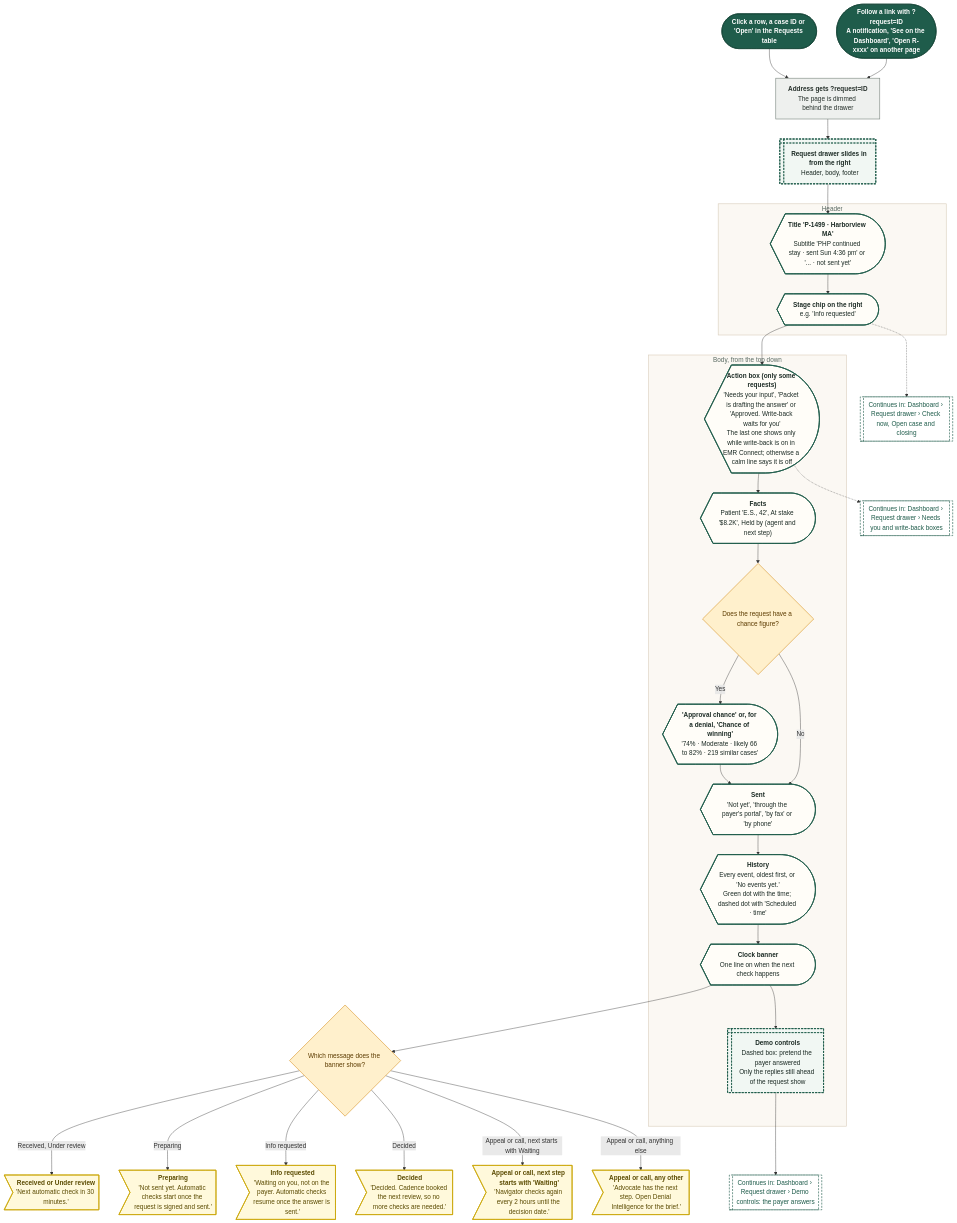
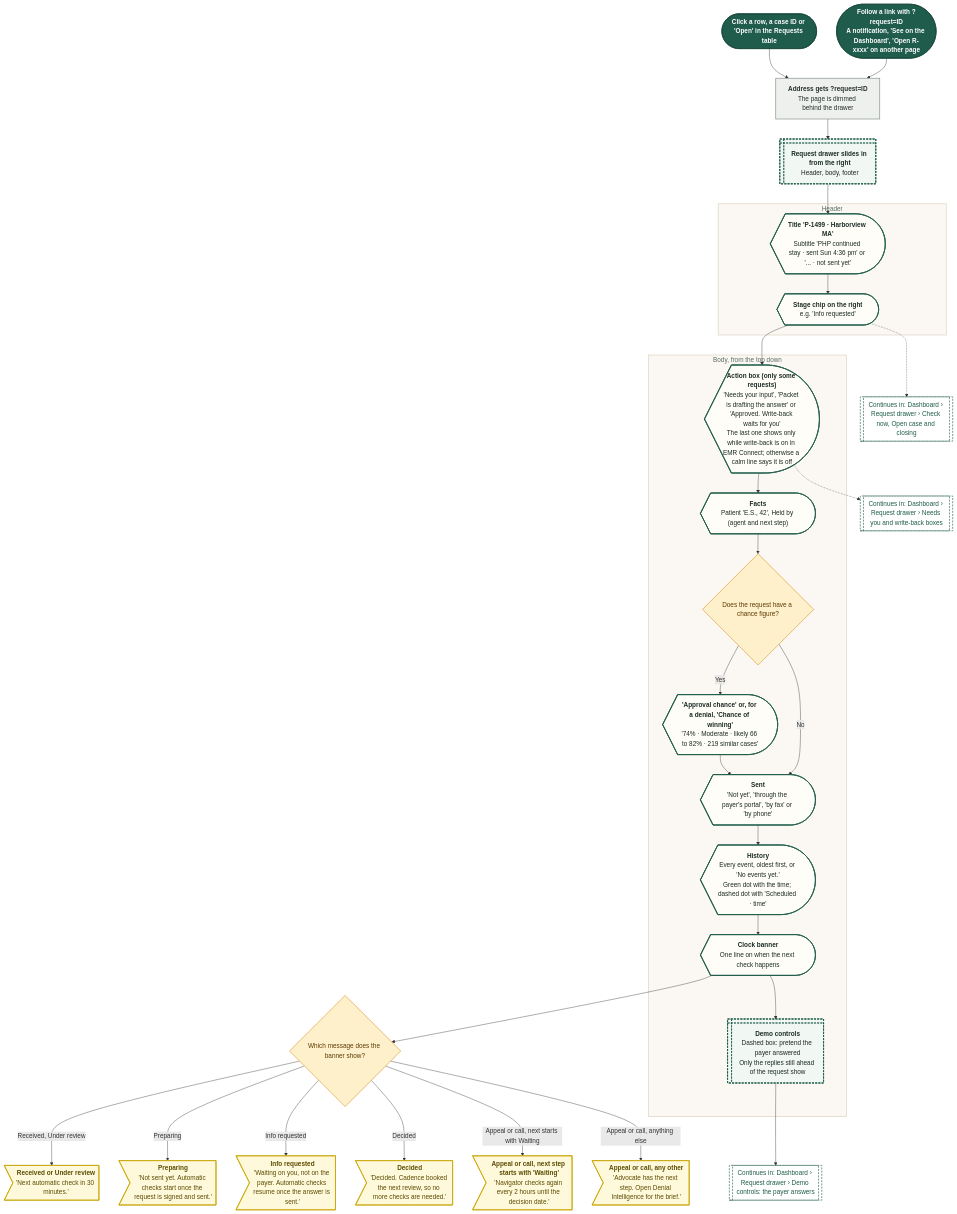
One commit to Shrav143/psyfloapp changed the diagram in demos/prior-auth-demo/workflows/out/mmd/02-dashboard/70-request-drawer-open-and-read.mmd. Above: the diagram before and after it, drawn with Mermaid. The commit also changed 39 other files, not shown here.

First line of the commit message:
docs: appeal analysis report in the site map and README; rebuild the workflow diagrams (225)

```diff
--- a/demos/prior-auth-demo/workflows/out/mmd/02-dashboard/70-request-drawer-open-and-read.mmd
+++ b/demos/prior-auth-demo/workflows/out/mmd/02-dashboard/70-request-drawer-open-and-read.mmd
@@ -1,72 +1,72 @@
 %%{init: {"theme":"base","themeVariables":{"fontFamily":"'DM Sans', 'Segoe UI', system-ui, sans-serif","fontSize":"15px","lineColor":"#5B6B63","primaryTextColor":"#1C2B25","clusterBkg":"#FBF8F3","clusterBorder":"#D9CDBB","edgeLabelBackground":"#FFFFFF"},"flowchart":{"curve":"basis","nodeSpacing":36,"rankSpacing":48,"padding":12,"htmlLabels":true,"useMaxWidth":false,"wrappingWidth":230}} }%%
 flowchart TD
   classDef k_start fill:#1F5C4B,stroke:#174638,color:#FFFFFF,stroke-width:1.5px,font-weight:600
   classDef k_end fill:#DDEFE3,stroke:#2E7D4F,color:#14502F,stroke-width:1.5px,font-weight:600
   classDef k_endx fill:#FBE3E0,stroke:#C0392B,color:#7A1F16,stroke-width:1.5px,font-weight:600
   classDef k_screen fill:#FFFDF8,stroke:#1F5C4B,color:#1C2B25,stroke-width:2px
   classDef k_overlay fill:#F1F7F3,stroke:#1F5C4B,color:#1C2B25,stroke-width:2px,stroke-dasharray:5 3
   classDef k_click fill:#DCEBFA,stroke:#2F6DB5,color:#12365F,stroke-width:1.5px
   classDef k_input fill:#E4E7FF,stroke:#4C5FD5,color:#1D2670,stroke-width:1.5px
   classDef k_process fill:#EEF0EE,stroke:#7A857F,color:#26302B,stroke-width:1.5px
   classDef k_agent fill:#EEE5FA,stroke:#7A4FC2,color:#341A63,stroke-width:1.5px
   classDef k_decision fill:#FFF0CC,stroke:#D9962B,color:#5C3B00,stroke-width:1.5px
   classDef k_store fill:#D5F0EA,stroke:#1C8E7B,color:#0B4A3F,stroke-width:1.5px
   classDef k_doc fill:#F6E9DC,stroke:#B07A4C,color:#4A2E14,stroke-width:1.5px
   classDef k_ext fill:#FFE6D2,stroke:#E07B39,color:#6B2F06,stroke-width:1.5px
   classDef k_wait fill:#E4E8EE,stroke:#6B7C93,color:#26303D,stroke-width:1.5px
   classDef k_toast fill:#FFF9DB,stroke:#C9A400,color:#5A4A00,stroke-width:1.5px
   classDef k_goto fill:#FFFFFF,stroke:#1F5C4B,color:#1F5C4B,stroke-width:1.5px,stroke-dasharray:5 3
   s1@{ shape: stadium, label: "Click a row, a case ID or 'Open' in the Requests table" }
   s2@{ shape: stadium, label: "<b>Follow a link with ?request=ID</b><br/>A notification, 'See on the Dashboard', 'Open R-xxxx' on another page" }
   p1@{ shape: rect, label: "<b>Address gets ?request=ID</b><br/>The page is dimmed behind the drawer" }
   o1@{ shape: win-pane, label: "<b>Request drawer slides in from the right</b><br/>Header, body, footer" }
   subgraph gHead ["Header"]
   h1@{ shape: curv-trap, label: "<b>Title 'P-1499 · Harborview MA'</b><br/>Subtitle 'PHP continued stay · sent Sun 4:36 pm' or '... · not sent yet'" }
   h2@{ shape: curv-trap, label: "<b>Stage chip on the right</b><br/>e.g. 'Info requested'" }
   end
   subgraph gBody ["Body, from the top down"]
   b1@{ shape: curv-trap, label: "<b>Action box (only some requests)</b><br/>'Needs your input', 'Packet is drafting the answer' or 'Approved. Write-back waits for you'<br/>The last one shows only while write-back is on in EMR Connect; otherwise a calm line says it is off" }
-  b2@{ shape: curv-trap, label: "<b>Facts</b><br/>Patient 'E.S., 42', At stake '$8.2K', Held by (agent and next step)" }
+  b2@{ shape: curv-trap, label: "<b>Facts</b><br/>Patient 'E.S., 42', Held by (agent and next step)" }
   d1@{ shape: diam, label: "Does the request have a chance figure?" }
   b3@{ shape: curv-trap, label: "<b>'Approval chance' or, for a denial, 'Chance of winning'</b><br/>'74% · Moderate · likely 66 to 82% · 219 similar cases'" }
   b4@{ shape: curv-trap, label: "<b>Sent</b><br/>'Not yet', 'through the payer's portal', 'by fax' or 'by phone'" }
   b5@{ shape: curv-trap, label: "<b>History</b><br/>Every event, oldest first, or 'No events yet.'<br/>Green dot with the time; dashed dot with 'Scheduled · time'" }
   b6@{ shape: curv-trap, label: "<b>Clock banner</b><br/>One line on when the next check happens" }
   b7@{ shape: win-pane, label: "<b>Demo controls</b><br/>Dashed box: pretend the payer answered<br/>Only the replies still ahead of the request show" }
   end
   d2@{ shape: diam, label: "Which message does the banner show?" }
   m1@{ shape: odd, label: "<b>Received or Under review</b><br/>'Next automatic check in 30 minutes.'" }
   m2@{ shape: odd, label: "<b>Preparing</b><br/>'Not sent yet. Automatic checks start once the request is signed and sent.'" }
   m3@{ shape: odd, label: "<b>Info requested</b><br/>'Waiting on you, not on the payer. Automatic checks resume once the answer is sent.'" }
   m4@{ shape: odd, label: "<b>Decided</b><br/>'Decided. Cadence booked the next review, so no more checks are needed.'" }
   m5@{ shape: odd, label: "<b>Appeal or call, next step starts with 'Waiting'</b><br/>'Navigator checks again every 2 hours until the decision date.'" }
   m6@{ shape: odd, label: "<b>Appeal or call, any other</b><br/>'Advocate has the next step. Open Denial Intelligence for the brief.'" }
   g1@{ shape: subproc, label: "Continues in: Dashboard › Request drawer › Needs you and write-back boxes" }
   g2@{ shape: subproc, label: "Continues in: Dashboard › Request drawer › Demo controls: the payer answers" }
   g3@{ shape: subproc, label: "Continues in: Dashboard › Request drawer › Check now, Open case and closing" }
   s1 --> p1
   s2 --> p1
   p1 --> o1 --> h1 --> h2
   h2 --> b1 --> b2 --> d1
   d1 -->|"Yes"| b3 --> b4
   d1 -->|"No"| b4
   b4 --> b5 --> b6 --> d2
   d2 -->|"Received, Under review"| m1
   d2 -->|"Preparing"| m2
   d2 -->|"Info requested"| m3
   d2 -->|"Decided"| m4
   d2 -->|"Appeal or call, next starts with Waiting"| m5
   d2 -->|"Appeal or call, anything else"| m6
   b6 --> b7
   b1 -.-> g1
   b7 --> g2
   h2 -.-> g3
   class s1,s2 k_start
   class p1 k_process
   class o1,b7 k_overlay
   class h1,h2,b1,b2,b3,b4,b5,b6 k_screen
   class d1,d2 k_decision
   class m1,m2,m3,m4,m5,m6 k_toast
   class g1,g2,g3 k_goto
   style gHead fill:#FBF8F3,stroke:#D9CDBB,stroke-width:1.5px,color:#5B6B63
   style gBody fill:#FBF8F3,stroke:#D9CDBB,stroke-width:1.5px,color:#5B6B63
```
